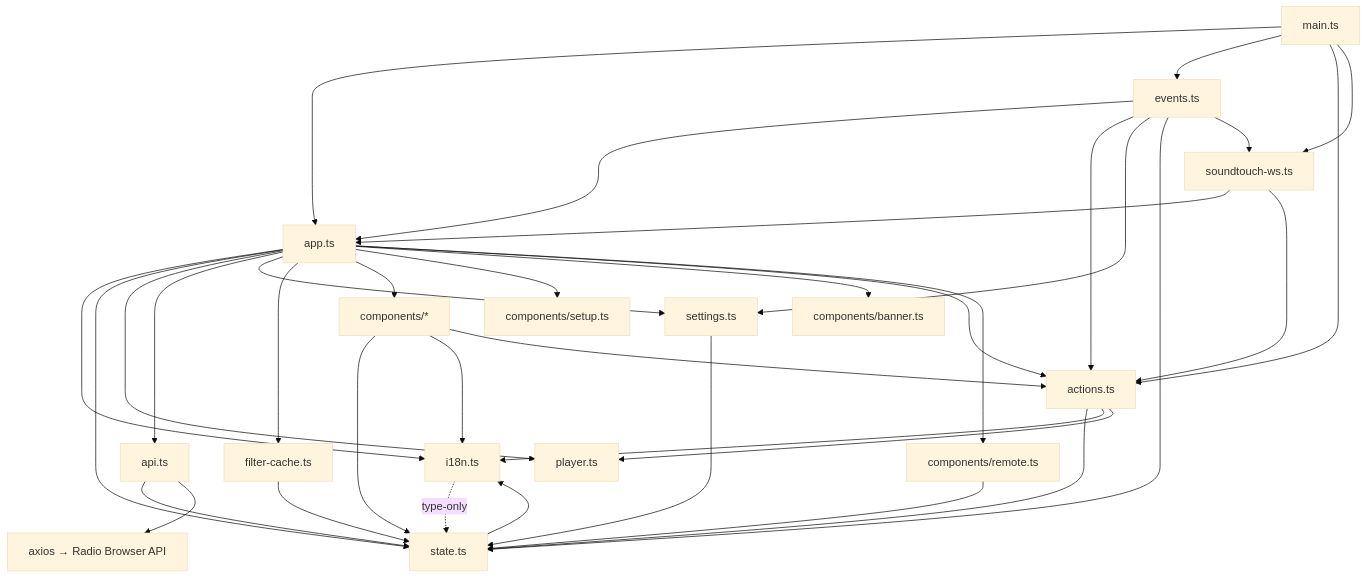
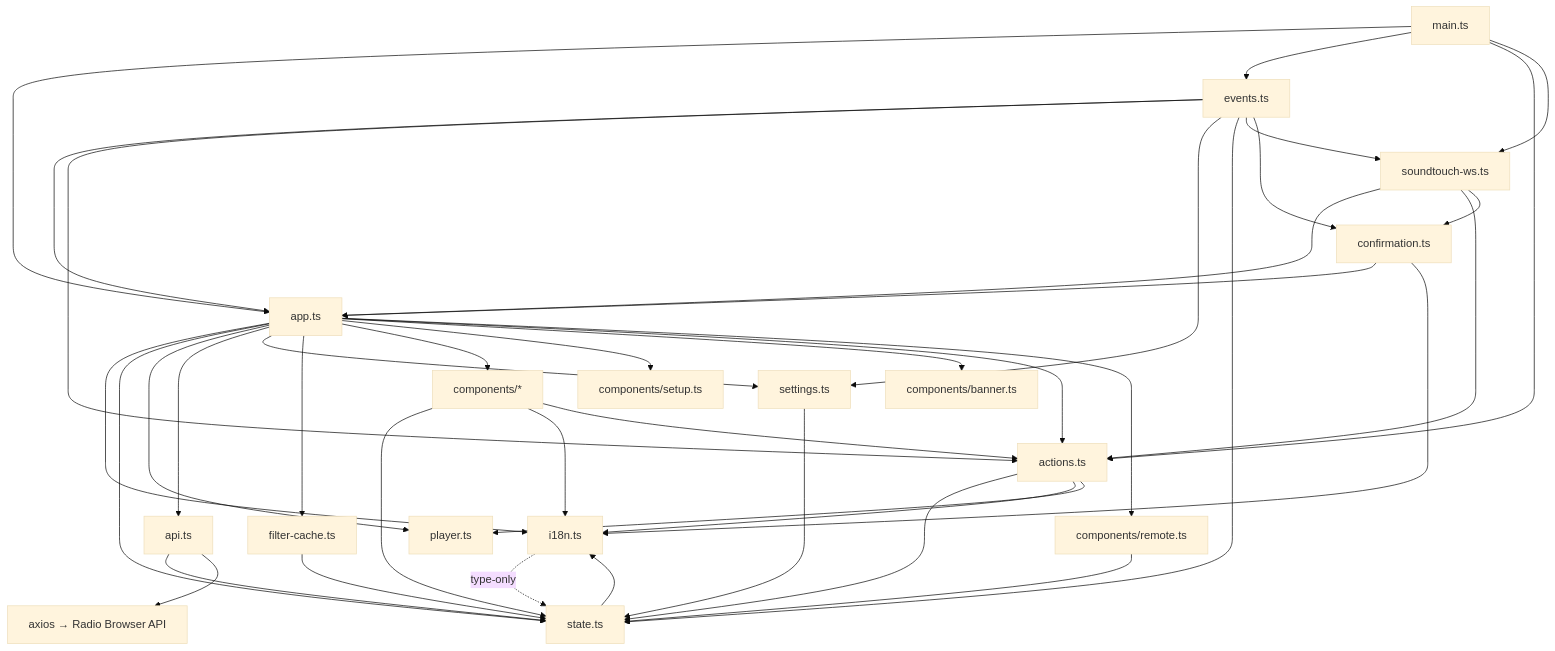
The diagram in ARCHITECTURE.md (Makatumba/after-touch-radio-browser), drawn with Mermaid (base theme) before and after one commit. The commit also changed other lines of this file and 5 other files, not shown here.

````diff
--- a/ARCHITECTURE.md
+++ b/ARCHITECTURE.md
@@ -81,38 +83,42 @@
 ```mermaid
 graph TD
     MAIN[main.ts] --> APP[app.ts]
     MAIN --> EVT[events.ts]
     MAIN --> ACT[actions.ts]
     MAIN --> WS[soundtouch-ws.ts]
     APP --> I18N[i18n.ts]
     APP --> ST[state.ts]
     APP --> PL[player.ts]
     APP --> API[api.ts]
     APP --> SET[settings.ts]
     APP --> FCACHE[filter-cache.ts]
     APP --> COMP[components/*]
     APP --> SETUP[components/setup.ts]
     APP --> BANNER[components/banner.ts]
     APP --> ACT
     APP --> REMOTE[components/remote.ts]
     EVT --> APP
     EVT --> ACT
     EVT --> SET
     EVT --> ST
     EVT --> WS
     WS --> APP
     WS --> ACT
+    EVT --> CONF[confirmation.ts]
+    WS --> CONF
+    CONF --> APP
+    CONF --> I18N
     ACT --> ST
     ACT --> I18N
     ACT --> PL
     API --> ST
     API --> AXIOS[axios → Radio Browser API]
     SET --> ST
     FCACHE --> ST
     ST --> I18N
     I18N -.-> |type-only| ST
     COMP --> ST
     COMP --> I18N
     COMP --> ACT
     REMOTE --> ST
 ```
````
